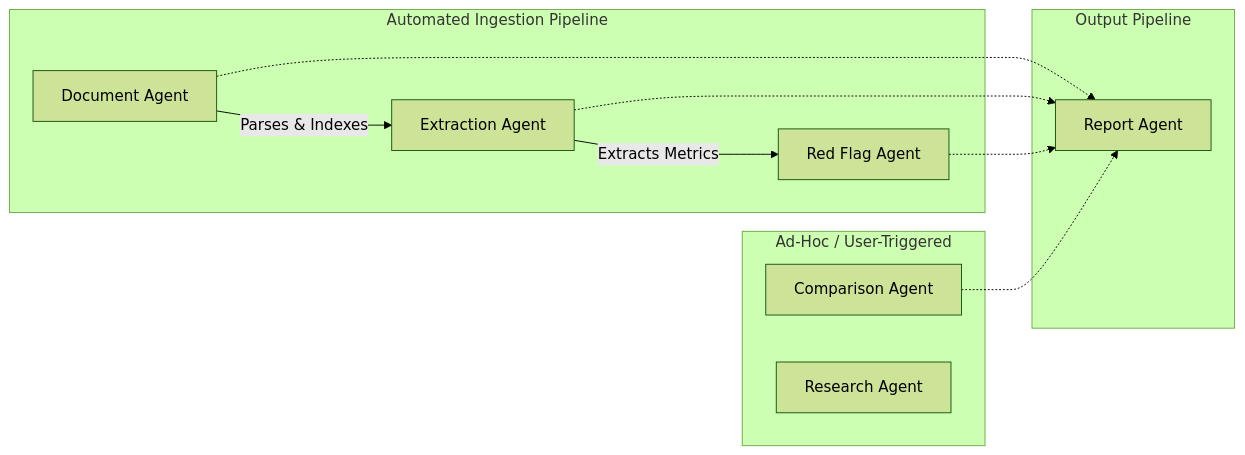
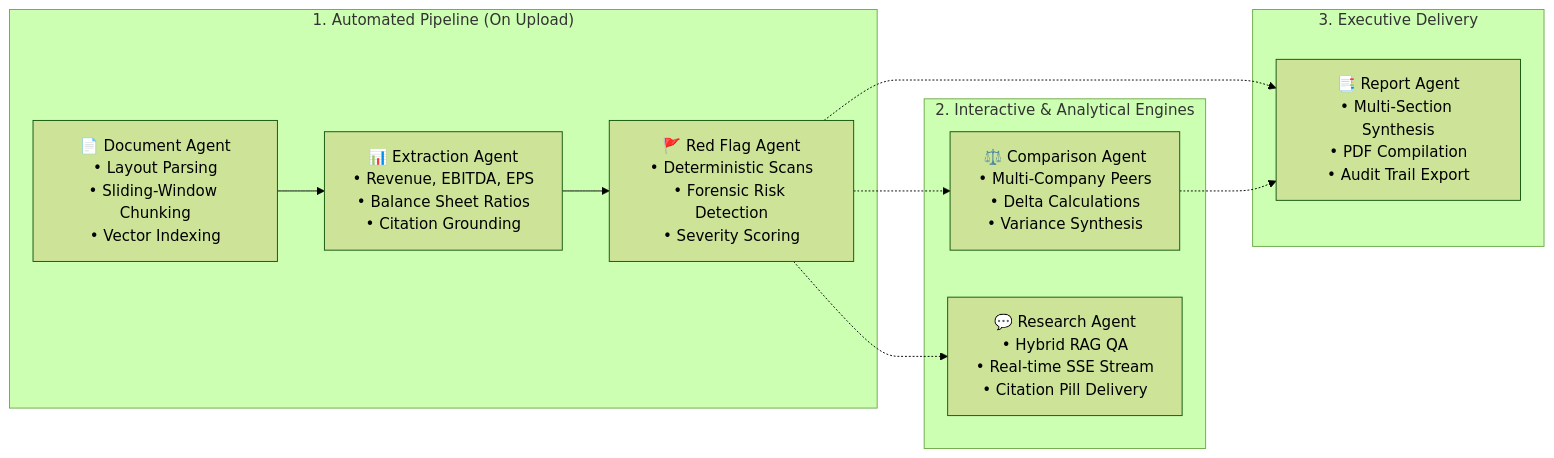
The second of 2 diagrams in README.md (samratmaurya1217/multi-agent-financial-research-system), drawn with Mermaid (forest theme) before and after one commit. The commit also changed other lines of this file and 9 other files, not shown here.

````diff
--- a/README.md
+++ b/README.md
@@ -108,21 +132,22 @@
 ```mermaid
 flowchart LR
-    subgraph Pipeline["Automated Ingestion Pipeline"]
-        A1[Document Agent] -->|Parses & Indexes| A2[Extraction Agent]
-        A2 -->|Extracts Metrics| A3[Red Flag Agent]
-    end
-  
-    subgraph AdHoc["Ad-Hoc / User-Triggered"]
-        B1[Comparison Agent]
-        B2[Research Agent]
-    end
-  
-    subgraph Export["Output Pipeline"]
-        C1[Report Agent]
+    subgraph Ingestion["1. Automated Pipeline (On Upload)"]
+        A1["📄 Document Agent<br/>• Layout Parsing<br/>• Sliding-Window Chunking<br/>• Vector Indexing"] 
+        --> A2["📊 Extraction Agent<br/>• Revenue, EBITDA, EPS<br/>• Balance Sheet Ratios<br/>• Citation Grounding"]
+        --> A3["🚩 Red Flag Agent<br/>• Deterministic Scans<br/>• Forensic Risk Detection<br/>• Severity Scoring"]
     end
 
-    A1 -.-> C1
-    A2 -.-> C1
+    subgraph OnDemand["2. Interactive & Analytical Engines"]
+        B1["⚖️ Comparison Agent<br/>• Multi-Company Peers<br/>• Delta Calculations<br/>• Variance Synthesis"]
+        B2["💬 Research Agent<br/>• Hybrid RAG QA<br/>• Real-time SSE Stream<br/>• Citation Pill Delivery"]
+    end
+
+    subgraph Output["3. Executive Delivery"]
+        C1["📑 Report Agent<br/>• Multi-Section Synthesis<br/>• PDF Compilation<br/>• Audit Trail Export"]
+    end
+
+    A3 -.-> B1
+    A3 -.-> B2
     A3 -.-> C1
     B1 -.-> C1
 ```
````
